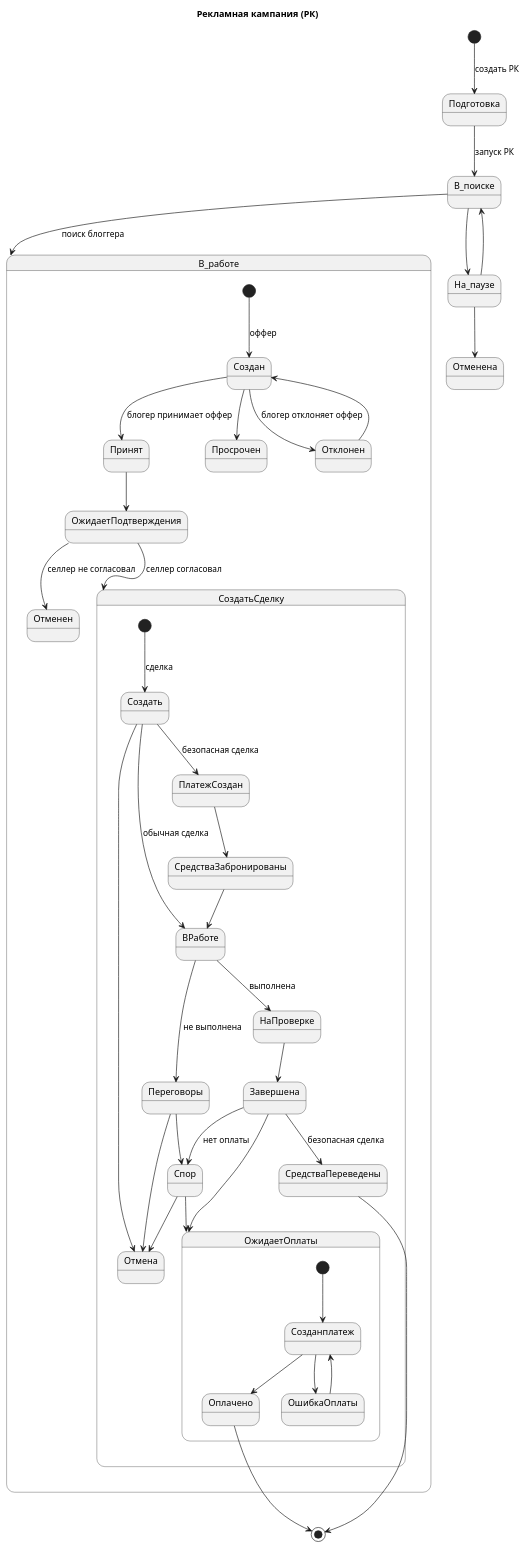
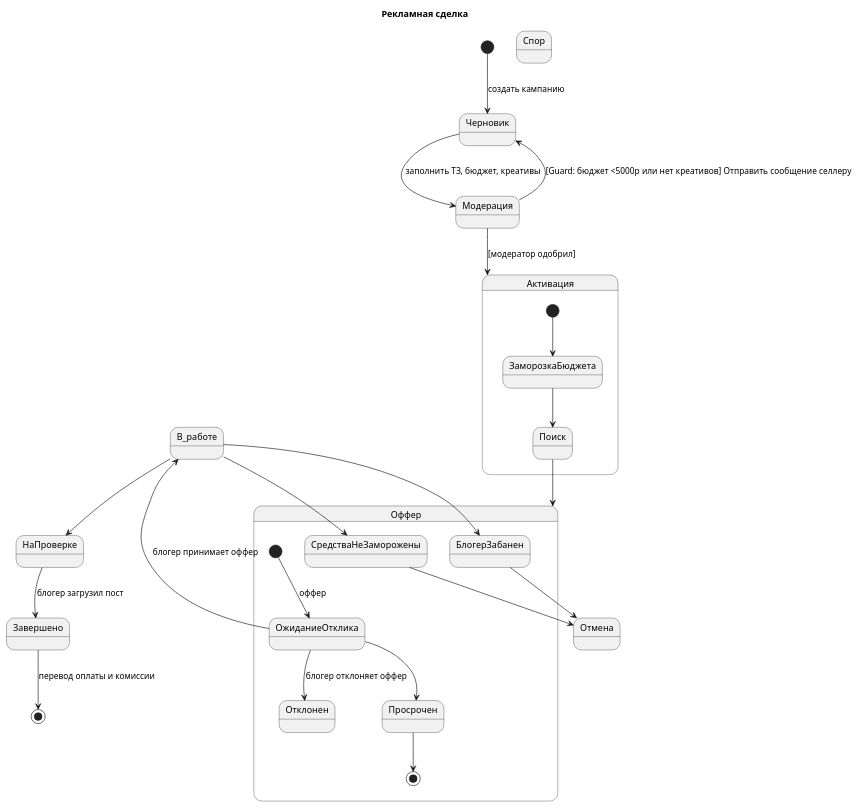
The diagram in diagrams/uml.puml (NadezdaHope19/practice), drawn with PlantUML before and after one commit.

```diff
--- a/diagrams/uml.puml
+++ b/diagrams/uml.puml
@@ -1,45 +1,40 @@
 @startuml
-title Рекламная кампания (РК)
-[*] --> Подготовка : создать РК
-Подготовка --> В_поиске : запуск РК
-В_поиске --> В_работе : поиск блоггера
-В_поиске --> На_паузе
-На_паузе --> В_поиске
-На_паузе --> Отменена
-state В_работе {
-[*] -->  Создан : оффер
-Создан --> Принят : блогер принимает оффер
-Создан --> Отклонен : блогер отклоняет оффер
-Создан --> Просрочен
-Принят --> ОжидаетПодтверждения
-Отклонен --> Создан
-ОжидаетПодтверждения --> СоздатьСделку : селлер согласовал
-ОжидаетПодтверждения --> Отменен : селлер не согласовал
+title Рекламная сделка
+state Черновик
+state Модерация
+state Активация
+state Оффер
+state В_работе
+state НаПроверке
+state Спор
+state Завершено
+state Отмена
+[*] --> Черновик : создать кампанию
+Черновик --> Модерация : заполнить ТЗ, бюджет, креативы
+Модерация --> Черновик : [Guard: бюджет <5000р или нет креативов] Отправить сообщение селлеру
+Модерация --> Активация : [модератор одобрил]
+state Активация {
+  state Поиск
+  state ЗаморозкаБюджета
+  [*] --> ЗаморозкаБюджета
+  ЗаморозкаБюджета --> Поиск
+  Поиск --> Оффер
 }
-state СоздатьСделку {
-[*] --> Создать : сделка
-Создать --> Отмена
-Создать --> ПлатежСоздан : безопасная сделка
-ПлатежСоздан --> СредстваЗабронированы
-СредстваЗабронированы --> ВРаботе
-Создать --> ВРаботе : обычная сделка
-ВРаботе --> НаПроверке : выполнена
-НаПроверке --> Завершена
-ВРаботе --> Переговоры : не выполнена
-Переговоры --> Отмена
-Переговоры --> Спор
-Спор --> Отмена
-Спор --> ОжидаетОплаты
-Завершена --> ОжидаетОплаты
-Завершена --> Спор : нет оплаты
-Завершена --> СредстваПереведены : безопасная сделка
+state Оффер {
+  state ОжиданиеОтклика
+  [*] -->  ОжиданиеОтклика : оффер
+  ОжиданиеОтклика --> В_работе : блогер принимает оффер
+  ОжиданиеОтклика --> Отклонен : блогер отклоняет оффер
+  ОжиданиеОтклика --> Просрочен
+  Просрочен --> [*]
+  В_работе --> БлогерЗабанен
+  БлогерЗабанен --> Отмена
+  В_работе --> СредстваНеЗаморожены
+  СредстваНеЗаморожены --> Отмена
+  В_работе --> НаПроверке
+  НаПроверке --> Завершено : блогер загрузил пост
+  
+
 }
-state ОжидаетОплаты {
-[*] --> Созданплатеж
-Созданплатеж --> Оплачено
-Созданплатеж --> ОшибкаОплаты
-ОшибкаОплаты --> Созданплатеж
-}
-Оплачено --> [*]
-СредстваПереведены --> [*]
+Завершено --> [*]  : перевод оплаты и комиссии
 @enduml
```
